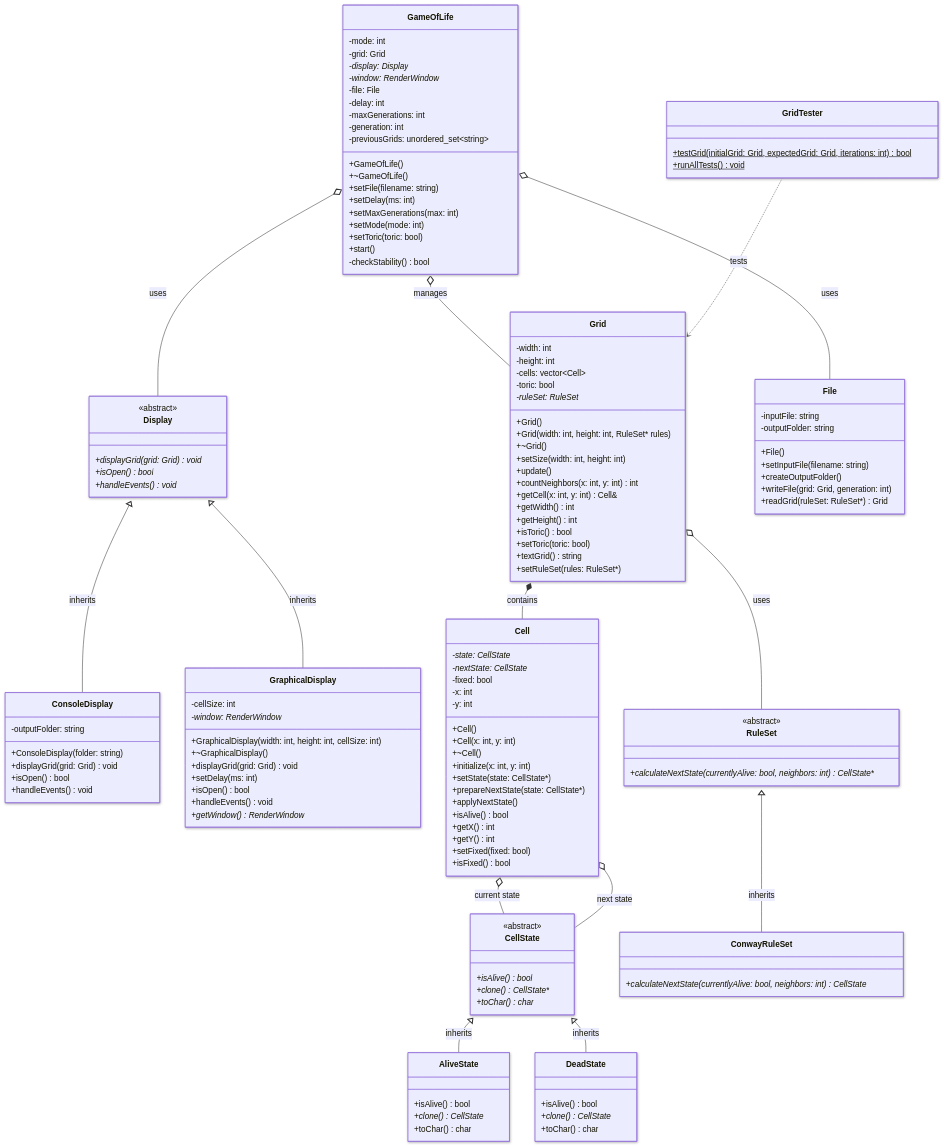
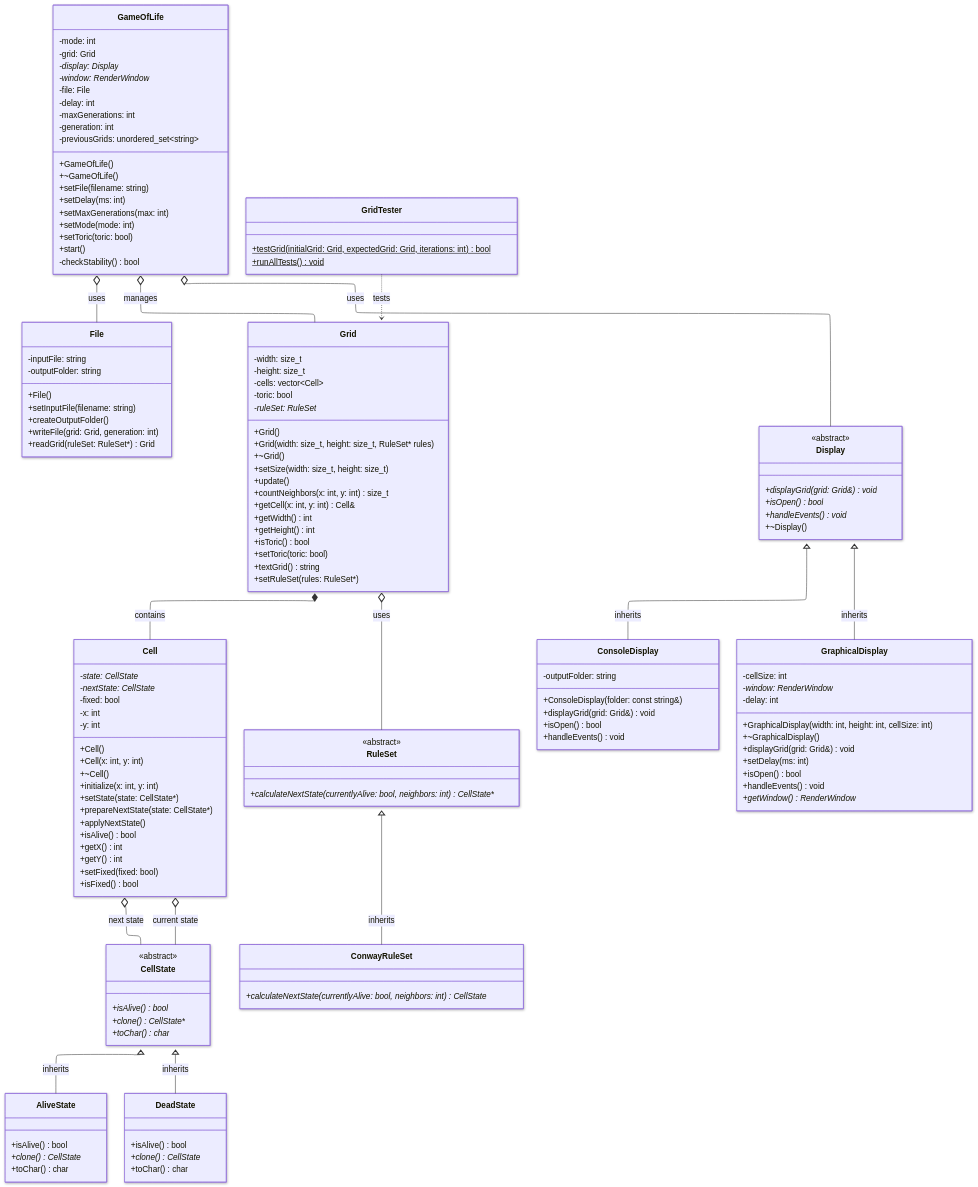
The diagram in Diagrams/class_diagram.mmd (RomainBeche/GameOfLife), drawn with Mermaid before and after one commit.

```diff
--- a/Diagrams/class_diagram.mmd
+++ b/Diagrams/class_diagram.mmd
@@ -1,156 +1,156 @@
 ---
 config:
-  layout: dagre
+  layout: elk
   theme: default
   look: neo
 ---
 classDiagram
+direction TB
+    class Cell {
+	    -state: CellState*
+	    -nextState: CellState*
+	    -fixed: bool
+	    -x: int
+	    -y: int
+	    +Cell()
+	    +Cell(x: int, y: int)
+	    +~Cell()
+	    +initialize(x: int, y: int)
+	    +setState(state: CellState*)
+	    +prepareNextState(state: CellState*)
+	    +applyNextState()
+	    +isAlive() bool
+	    +getX() int
+	    +getY() int
+	    +setFixed(fixed: bool)
+	    +isFixed() bool
+    }
+
+    class CellState {
+	    +isAlive() bool*
+	    +clone() CellState**
+	    +toChar() char*
+    }
+
+    class AliveState {
+	    +isAlive() bool
+	    +clone() CellState*
+	    +toChar() char
+    }
+
+    class DeadState {
+	    +isAlive() bool
+	    +clone() CellState*
+	    +toChar() char
+    }
+
+    class RuleSet {
+	    +calculateNextState(currentlyAlive: bool, neighbors: int) CellState**
+    }
+
+    class ConwayRuleSet {
+	    +calculateNextState(currentlyAlive: bool, neighbors: int) CellState*
+    }
+
+    class File {
+	    -inputFile: string
+	    -outputFolder: string
+	    +File()
+	    +setInputFile(filename: string)
+	    +createOutputFolder()
+	    +writeFile(grid: Grid, generation: int)
+	    +readGrid(ruleSet: RuleSet*) Grid
+    }
+
     class GameOfLife {
-        -mode: int
-        -grid: Grid
-        -display: Display*
-        -window: RenderWindow*
-        -file: File
-        -delay: int
-        -maxGenerations: int
-        -generation: int
-        -previousGrids: unordered_set~string~
-        +GameOfLife()
-        +~GameOfLife()
-        +setFile(filename: string)
-        +setDelay(ms: int)
-        +setMaxGenerations(max: int)
-        +setMode(mode: int)
-        +setToric(toric: bool)
-        +start()
-        -checkStability() bool
+	    -mode: int
+	    -grid: Grid
+	    -display: Display*
+	    -window: RenderWindow*
+	    -file: File
+	    -delay: int
+	    -maxGenerations: int
+	    -generation: int
+	    -previousGrids: unordered_set~string~
+	    +GameOfLife()
+	    +~GameOfLife()
+	    +setFile(filename: string)
+	    +setDelay(ms: int)
+	    +setMaxGenerations(max: int)
+	    +setMode(mode: int)
+	    +setToric(toric: bool)
+	    +start()
+	    -checkStability() bool
     }
-    class Display {
-        <<abstract>>
-        +displayGrid(grid: Grid)* void
-        +isOpen()* bool
-        +handleEvents()* void
+
+    class GridTester {
+	    +testGrid(initialGrid: Grid, expectedGrid: Grid, iterations: int) bool$
+	    +runAllTests() void$
+    }
+
+    class Grid {
+	    -width: size_t
+	    -height: size_t
+	    -cells: vector~Cell~
+	    -toric: bool
+	    -ruleSet: RuleSet*
+	    +Grid()
+	    +Grid(width: size_t, height: size_t, RuleSet* rules)
+	    +~Grid()
+	    +setSize(width: size_t, height: size_t)
+	    +update()
+	    +countNeighbors(x: int, y: int) size_t
+	    +getCell(x: int, y: int) Cell&
+	    +getWidth() int
+	    +getHeight() int
+	    +isToric() bool
+	    +setToric(toric: bool)
+	    +textGrid() string
+	    +setRuleSet(rules: RuleSet*)
     }
 
     class ConsoleDisplay {
-        -outputFolder: string
-        +ConsoleDisplay(folder: string)
-        +displayGrid(grid: Grid) void
-        +isOpen() bool
-        +handleEvents() void
+	    -outputFolder: string
+	    +ConsoleDisplay(folder: const string&)
+	    +displayGrid(grid: Grid&) void
+	    +isOpen() bool
+	    +handleEvents() void
     }
 
     class GraphicalDisplay {
-        -cellSize: int
-        -window: RenderWindow*
-        +GraphicalDisplay(width: int, height: int, cellSize: int)
-        +~GraphicalDisplay()
-        +displayGrid(grid: Grid) void
-        +setDelay(ms: int)
-        +isOpen() bool
-        +handleEvents() void
-        +getWindow() RenderWindow*
+	    -cellSize: int
+	    -window: RenderWindow*
+	    -delay: int
+	    +GraphicalDisplay(width: int, height: int, cellSize: int)
+	    +~GraphicalDisplay()
+	    +displayGrid(grid: Grid&) void
+	    +setDelay(ms: int)
+	    +isOpen() bool
+	    +handleEvents() void
+	    +getWindow() RenderWindow*
     }
 
-    class Grid {
-        -width: int
-        -height: int
-        -cells: vector~Cell~
-        -toric: bool
-        -ruleSet: RuleSet*
-        +Grid()
-        +Grid(width: int, height: int, RuleSet* rules)
-        +~Grid()
-        +setSize(width: int, height: int)
-        +update()
-        +countNeighbors(x: int, y: int) int
-        +getCell(x: int, y: int) Cell&
-        +getWidth() int
-        +getHeight() int
-        +isToric() bool
-        +setToric(toric: bool)
-        +textGrid() string
-        +setRuleSet(rules: RuleSet*)
+    class Display {
+	    +displayGrid(grid: Grid&) void*
+	    +isOpen() bool*
+	    +handleEvents() void*
+	    +~Display()
     }
 
-    class Cell {
-        -state: CellState*
-        -nextState: CellState*
-        -fixed: bool
-        -x: int
-        -y: int
-        +Cell()
-        +Cell(x: int, y: int)
-        +~Cell()
-        +initialize(x: int, y: int)
-        +setState(state: CellState*)
-        +prepareNextState(state: CellState*)
-        +applyNextState()
-        +isAlive() bool
-        +getX() int
-        +getY() int
-        +setFixed(fixed: bool)
-        +isFixed() bool
-    }
-    
-    class CellState {
-        <<abstract>>
-        +isAlive()* bool
-        +clone()* CellState*
-        +toChar()* char
-    }
+	<<abstract>> CellState
+	<<abstract>> RuleSet
+	<<abstract>> Display
 
-    class AliveState {
-        +isAlive() bool
-        +clone() CellState*
-        +toChar() char
-    }
-
-    class DeadState {
-        +isAlive() bool
-        +clone() CellState*
-        +toChar() char
-    }
-    class RuleSet {
-        <<abstract>>
-        +calculateNextState(currentlyAlive: bool, neighbors: int)* CellState*
-    }
-
-    class ConwayRuleSet {
-        +calculateNextState(currentlyAlive: bool, neighbors: int) CellState*
-    }
-    
-    class File {
-        -inputFile: string
-        -outputFolder: string
-        +File()
-        +setInputFile(filename: string)
-        +createOutputFolder()
-        +writeFile(grid: Grid, generation: int)
-        +readGrid(ruleSet: RuleSet*) Grid
-    }
-    
-    class GridTester {
-        +testGrid(initialGrid: Grid, expectedGrid: Grid, iterations: int)$ bool
-        +runAllTests()$ void
-    }
-    
     GameOfLife o-- Grid : manages
     GameOfLife o-- Display : uses
     GameOfLife o-- File : uses
-    
     Display <|-- ConsoleDisplay : inherits
     Display <|-- GraphicalDisplay : inherits
-    
     Grid *-- Cell : contains
     Grid o-- RuleSet : uses
-    
     Cell o-- CellState : current state
     Cell o-- CellState : next state
-    
     CellState <|-- AliveState : inherits
     CellState <|-- DeadState : inherits
-    
     RuleSet <|-- ConwayRuleSet : inherits
-    
     GridTester ..> Grid : tests
```
